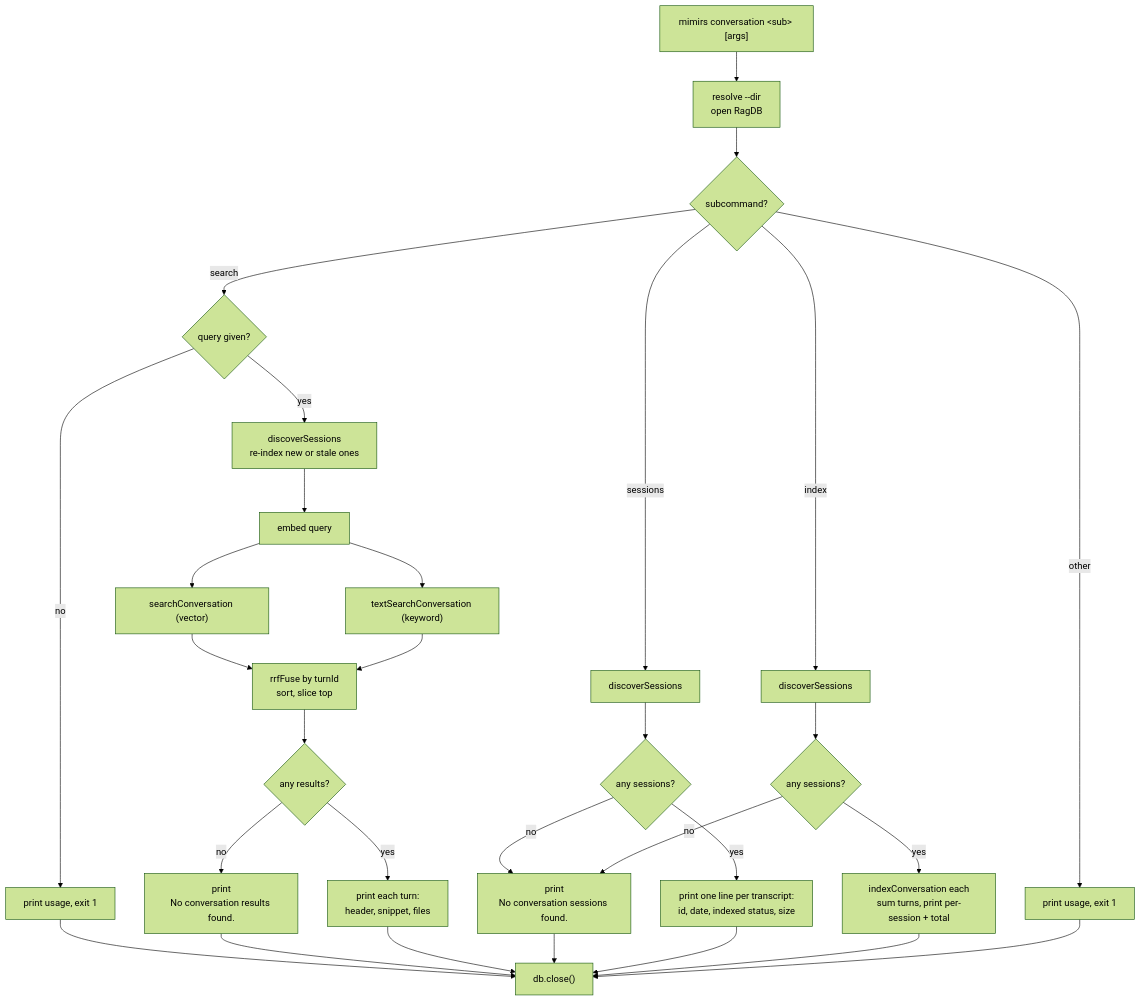
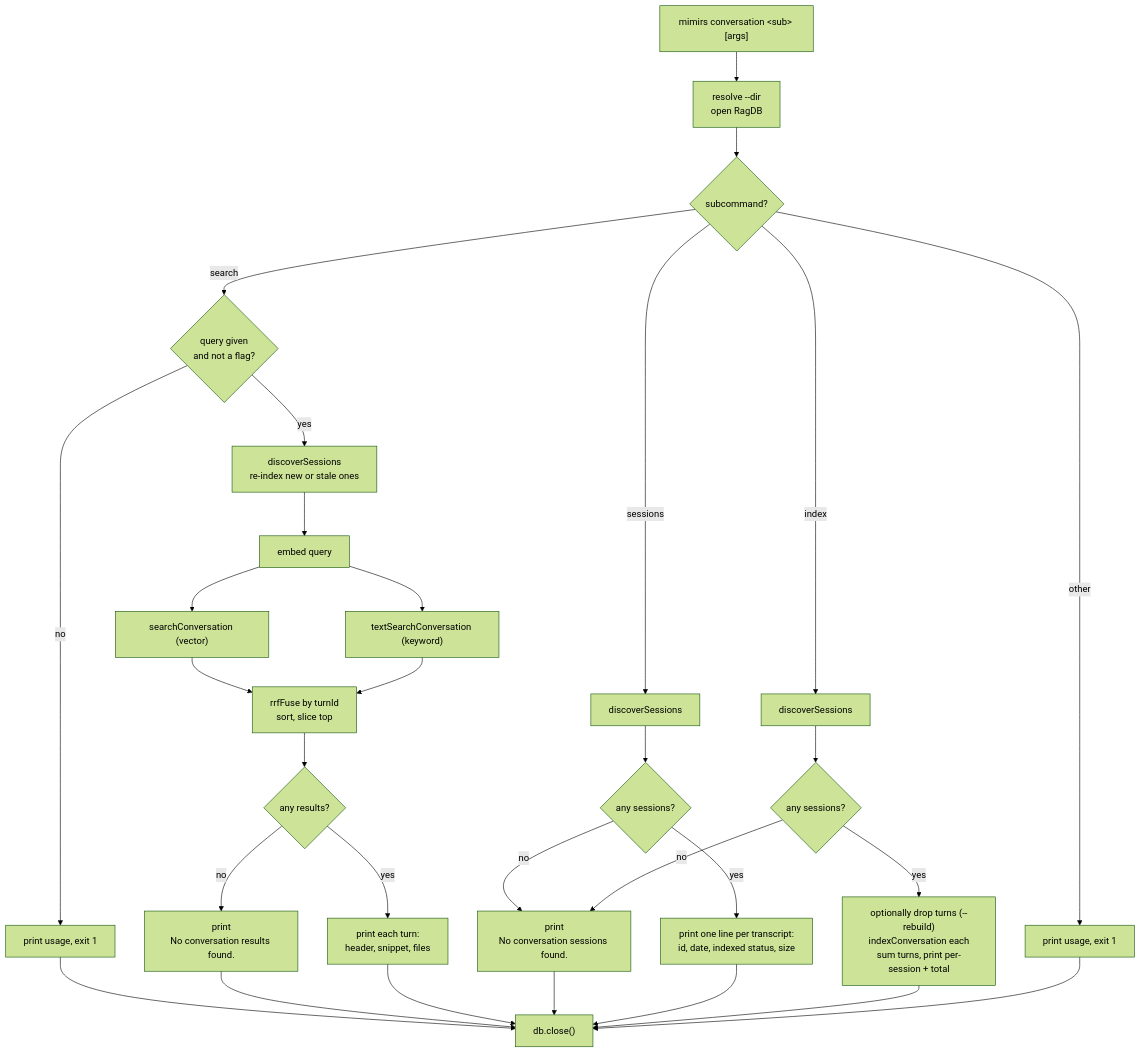
Before and after one commit to TheWinci/mimirs: the diagram in wiki/cli/conversation.md, drawn with Mermaid (forest theme). The commit also changed other lines of this file and 58 other files, not shown here.

````diff
--- a/wiki/cli/conversation.md
+++ b/wiki/cli/conversation.md
@@ -25,37 +25,37 @@
 ```mermaid
 flowchart TD
   startNode["mimirs conversation &lt;sub&gt; [args]"] --> open["resolve --dir<br>open RagDB"]
   open --> sub{subcommand?}
 
-  sub -->|search| q{query given?}
+  sub -->|search| q{query given<br>and not a flag?}
   q -->|no| usageErr["print usage, exit 1"]
   q -->|yes| reindex["discoverSessions<br>re-index new or stale ones"]
   reindex --> emb["embed query"]
   emb --> vec["searchConversation (vector)"]
   emb --> bm25["textSearchConversation (keyword)"]
   vec --> fuse["rrfFuse by turnId<br>sort, slice top"]
   bm25 --> fuse
   fuse --> empty{any results?}
   empty -->|no| none["print<br>No conversation results found."]
   empty -->|yes| printR["print each turn:<br>header, snippet, files"]
 
   sub -->|sessions| lst["discoverSessions"]
   lst --> lstEmpty{any sessions?}
   lstEmpty -->|no| noSess["print<br>No conversation sessions found."]
   lstEmpty -->|yes| printL["print one line per transcript:<br>id, date, indexed status, size"]
 
   sub -->|index| idx["discoverSessions"]
   idx --> idxEmpty{any sessions?}
   idxEmpty -->|no| noSess
-  idxEmpty -->|yes| idxLoop["indexConversation each<br>sum turns, print per-session + total"]
+  idxEmpty -->|yes| idxLoop["optionally drop turns (--rebuild)<br>indexConversation each<br>sum turns, print per-session + total"]
 
   sub -->|other| usage2["print usage, exit 1"]
 
   usageErr --> closeNode["db.close()"]
   none --> closeNode
   printR --> closeNode
   noSess --> closeNode
   printL --> closeNode
   idxLoop --> closeNode
   usage2 --> closeNode
 ```
````
